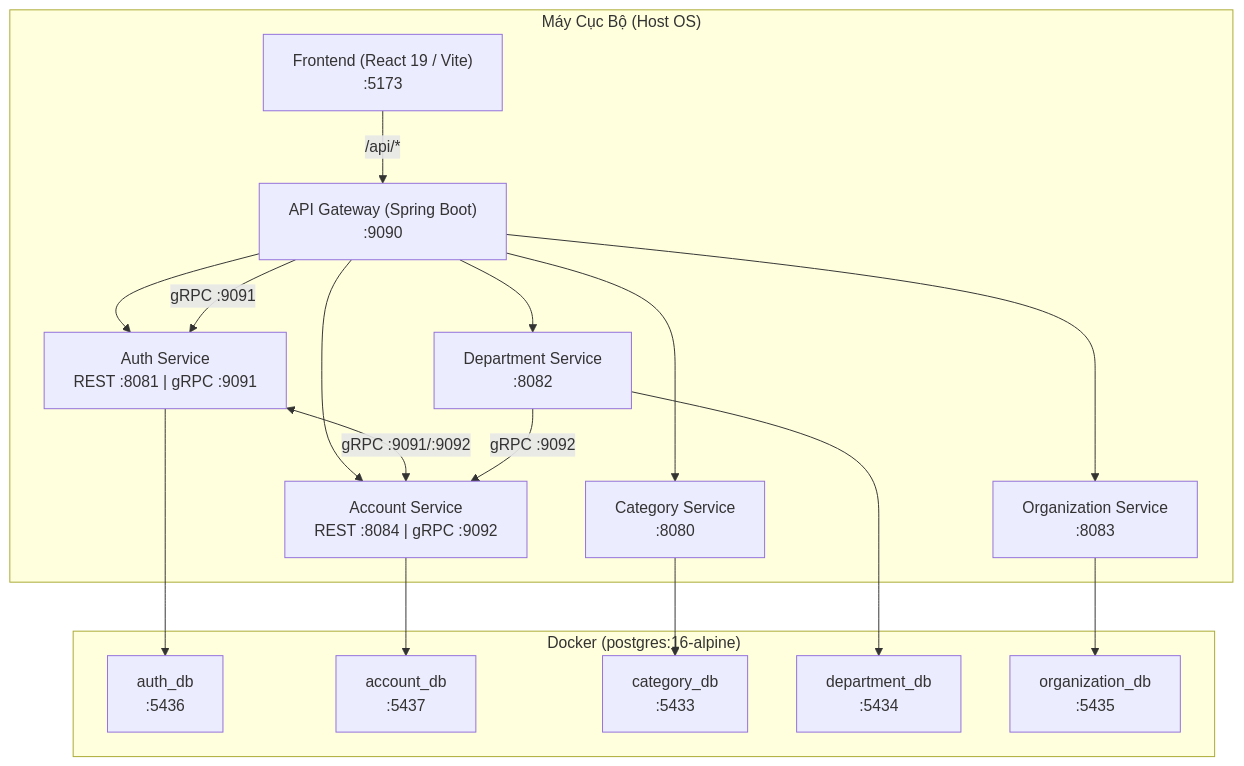
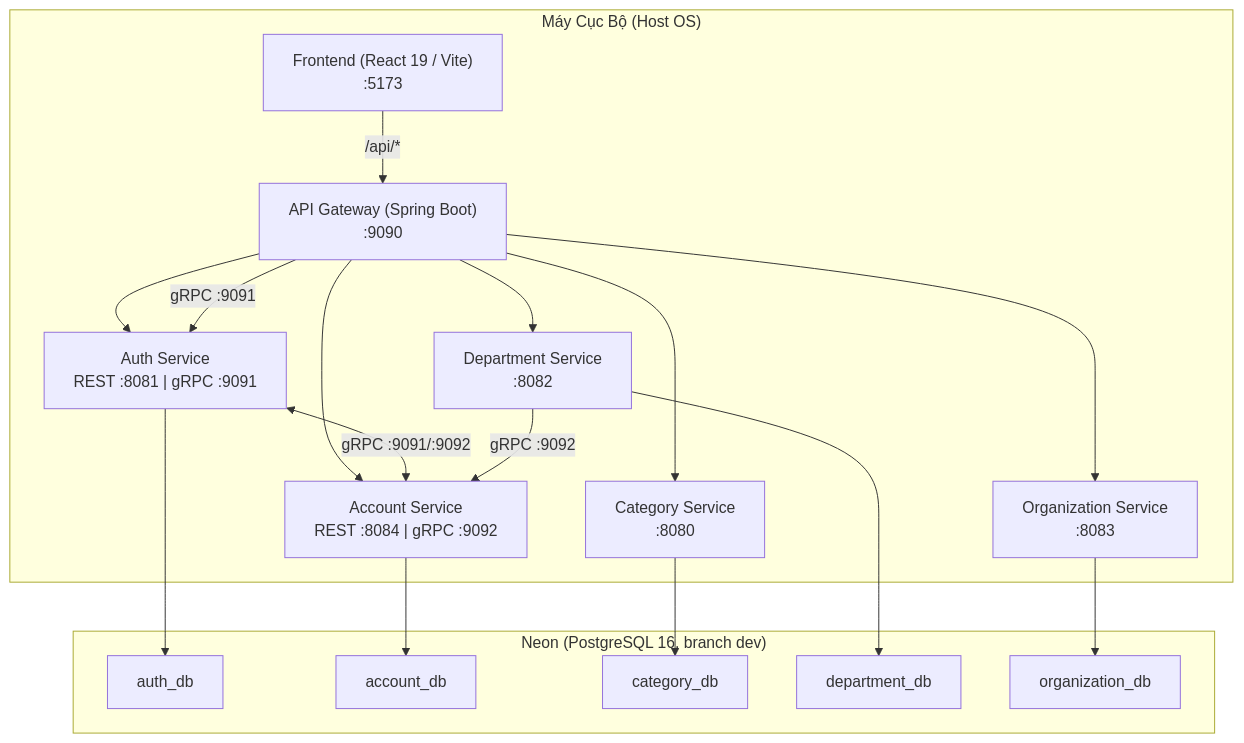
The diagram in HOW_TO_RUN.md (ZhugeB1ao/dms), drawn with Mermaid before and after one commit. The commit also changed other lines of this file and 16 other files, not shown here.

First line of the commit message:
feat(devops): move dev and staging databases to Neon

````diff
--- a/HOW_TO_RUN.md
+++ b/HOW_TO_RUN.md
@@ -15,31 +15,31 @@
 ```mermaid
 flowchart TD
     subgraph Host ["Máy Cục Bộ (Host OS)"]
         FE["Frontend (React 19 / Vite)\n:5173"]
         GW["API Gateway (Spring Boot)\n:9090"]
         AUTH["Auth Service\nREST :8081 | gRPC :9091"]
         ACC["Account Service\nREST :8084 | gRPC :9092"]
         CAT["Category Service\n:8080"]
         DEPT["Department Service\n:8082"]
         ORG["Organization Service\n:8083"]
     end
 
-    subgraph Docker ["Docker (postgres:16-alpine)"]
-        DB_AUTH["auth_db\n:5436"]
-        DB_ACC["account_db\n:5437"]
-        DB_CAT["category_db\n:5433"]
-        DB_DEPT["department_db\n:5434"]
-        DB_ORG["organization_db\n:5435"]
+    subgraph Neon ["Neon (PostgreSQL 16, branch dev)"]
+        DB_AUTH["auth_db"]
+        DB_ACC["account_db"]
+        DB_CAT["category_db"]
+        DB_DEPT["department_db"]
+        DB_ORG["organization_db"]
     end
 
     FE -->|"/api/*"| GW
     GW --> AUTH & ACC & CAT & DEPT & ORG
     GW -->|gRPC :9091| AUTH
     AUTH <-->|gRPC :9091/:9092| ACC
     DEPT -->|gRPC :9092| ACC
     AUTH --> DB_AUTH
     ACC --> DB_ACC
     CAT --> DB_CAT
     DEPT --> DB_DEPT
     ORG --> DB_ORG
 ```
````
